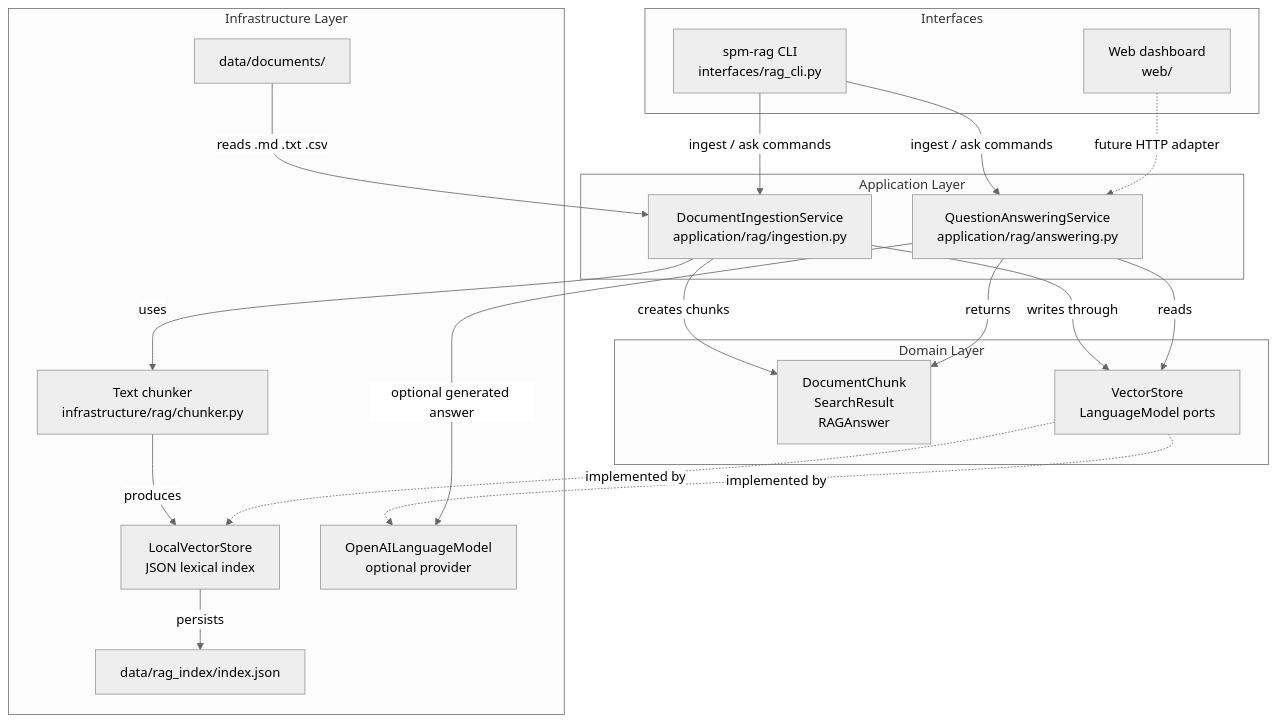
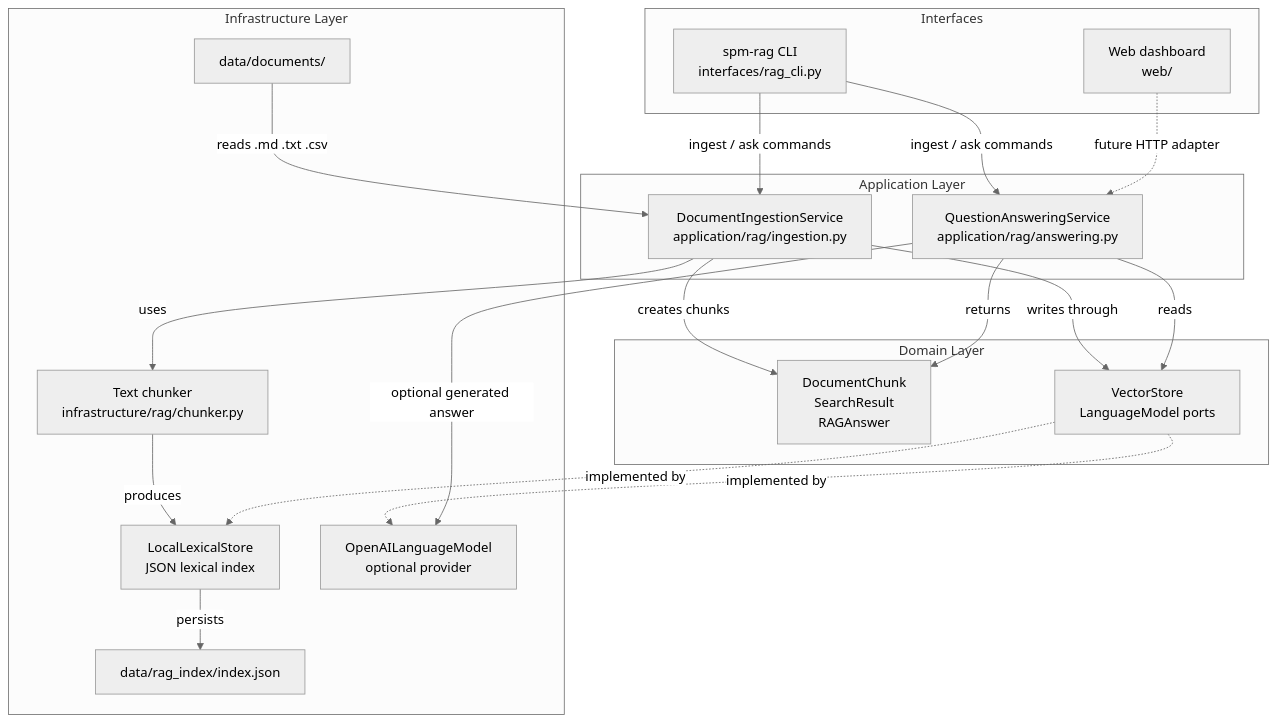
One commit to c2kg2n8v9h-arch/SPM-forecasting changed the first of 2 diagrams in docs/RAG_ARCHITECTURE.md. Above: the diagram before and after it, drawn with Mermaid (neutral theme). The commit also changed other lines of this file and 3 other files, not shown here.

Commit message:
Rename local RAG store for lexical retrieval

````diff
--- a/docs/RAG_ARCHITECTURE.md
+++ b/docs/RAG_ARCHITECTURE.md
@@ -7,42 +7,42 @@
 ```mermaid
 flowchart TB
     subgraph Interfaces[Interfaces]
         CLI[spm-rag CLI\ninterfaces/rag_cli.py]
         UI[Web dashboard\nweb/]
     end
 
     subgraph Application[Application Layer]
         INGEST[DocumentIngestionService\napplication/rag/ingestion.py]
         ANSWER[QuestionAnsweringService\napplication/rag/answering.py]
     end
 
     subgraph Domain[Domain Layer]
         MODELS[DocumentChunk\nSearchResult\nRAGAnswer]
         PORTS[VectorStore\nLanguageModel ports]
     end
 
     subgraph Infrastructure[Infrastructure Layer]
         CHUNKER[Text chunker\ninfrastructure/rag/chunker.py]
-        STORE[LocalVectorStore\nJSON lexical index]
+        STORE[LocalLexicalStore\nJSON lexical index]
         LLM[OpenAILanguageModel\noptional provider]
         FILES[data/documents/]
         INDEX[data/rag_index/index.json]
     end
 
     CLI -->|ingest / ask commands| INGEST
     CLI -->|ingest / ask commands| ANSWER
     UI -.->|future HTTP adapter| ANSWER
 
     INGEST -->|creates chunks| MODELS
     INGEST -->|uses| CHUNKER
     INGEST -->|writes through| PORTS
     ANSWER -->|reads| PORTS
     ANSWER -->|returns| MODELS
 
     FILES -->|reads .md .txt .csv| INGEST
     CHUNKER -->|produces| STORE
     STORE -->|persists| INDEX
     PORTS -.->|implemented by| STORE
     PORTS -.->|implemented by| LLM
     ANSWER -->|optional generated answer| LLM
 ```
````
